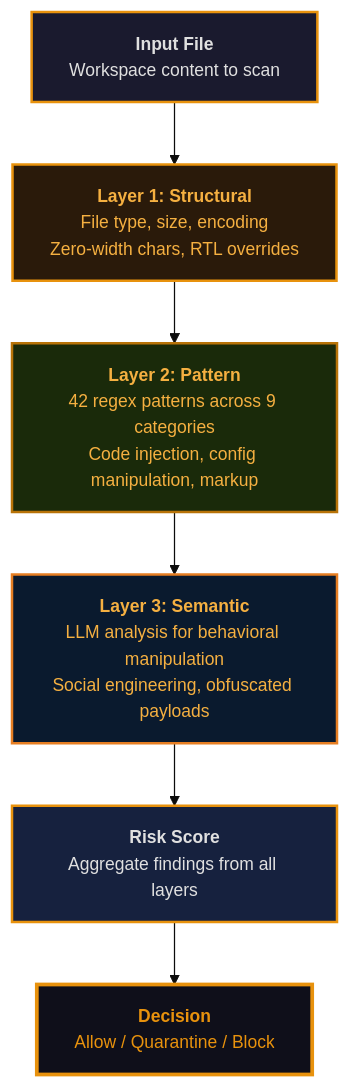
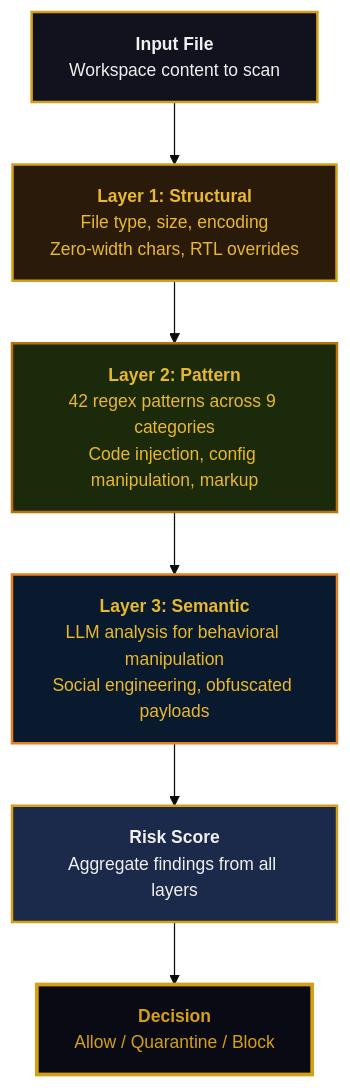
Before and after one commit to originalrgsec/open-workspace-builder: the diagram in docs/concepts/architecture.md, drawn with Mermaid (base theme). The commit also changed 19 other files, not shown here.

````diff
--- a/docs/concepts/architecture.md
+++ b/docs/concepts/architecture.md
@@ -35,22 +35,22 @@
 ```mermaid
 graph TD
     A["<b>Input File</b><br/>Workspace content to scan"]:::input
     B["<b>Layer 1: Structural</b><br/>File type, size, encoding<br/>Zero-width chars, RTL overrides"]:::layer1
     C["<b>Layer 2: Pattern</b><br/>42 regex patterns across 9 categories<br/>Code injection, config manipulation, markup"]:::layer2
     D["<b>Layer 3: Semantic</b><br/>LLM analysis for behavioral manipulation<br/>Social engineering, obfuscated payloads"]:::layer3
     E["<b>Risk Score</b><br/>Aggregate findings from all layers"]:::score
     F["<b>Decision</b><br/>Allow / Quarantine / Block"]:::decision
 
     A --> B
     B --> C
     C --> D
     D --> E
     E --> F
 
-    classDef input fill:#1A1A2E,stroke:#E8920D,stroke-width:2px,color:#E0E0E0,font-size:14px
-    classDef layer1 fill:#2A1A0A,stroke:#E8920D,stroke-width:2px,color:#F5B041,font-size:14px
-    classDef layer2 fill:#1A2A0A,stroke:#B87308,stroke-width:2px,color:#F5B041,font-size:14px
-    classDef layer3 fill:#0A1A2E,stroke:#E67E22,stroke-width:2px,color:#F5B041,font-size:14px
-    classDef score fill:#16213E,stroke:#E8920D,stroke-width:2px,color:#E0E0E0,font-size:14px
-    classDef decision fill:#0F0F1A,stroke:#E8920D,stroke-width:3px,color:#E8920D,font-size:14px
+    classDef input fill:#12121E,stroke:#D4A017,stroke-width:2px,color:#F0F0F0,font-size:14px
+    classDef layer1 fill:#2A1A0A,stroke:#D4A017,stroke-width:2px,color:#E8B830,font-size:14px
+    classDef layer2 fill:#1A2A0A,stroke:#B87308,stroke-width:2px,color:#E8B830,font-size:14px
+    classDef layer3 fill:#0A1A2E,stroke:#E67E22,stroke-width:2px,color:#E8B830,font-size:14px
+    classDef score fill:#1B2A4A,stroke:#D4A017,stroke-width:2px,color:#F0F0F0,font-size:14px
+    classDef decision fill:#0A0A14,stroke:#D4A017,stroke-width:3px,color:#D4A017,font-size:14px
 ```
````
